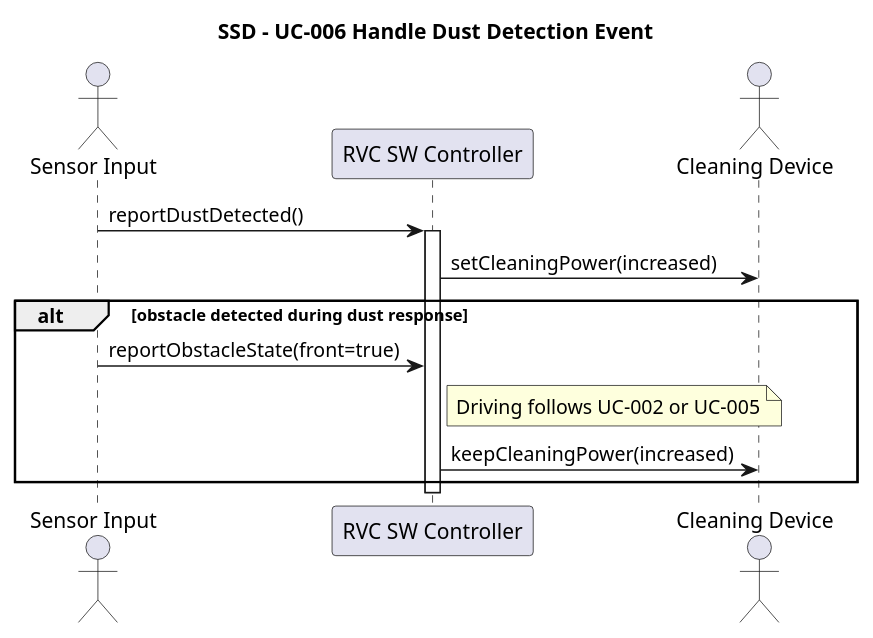
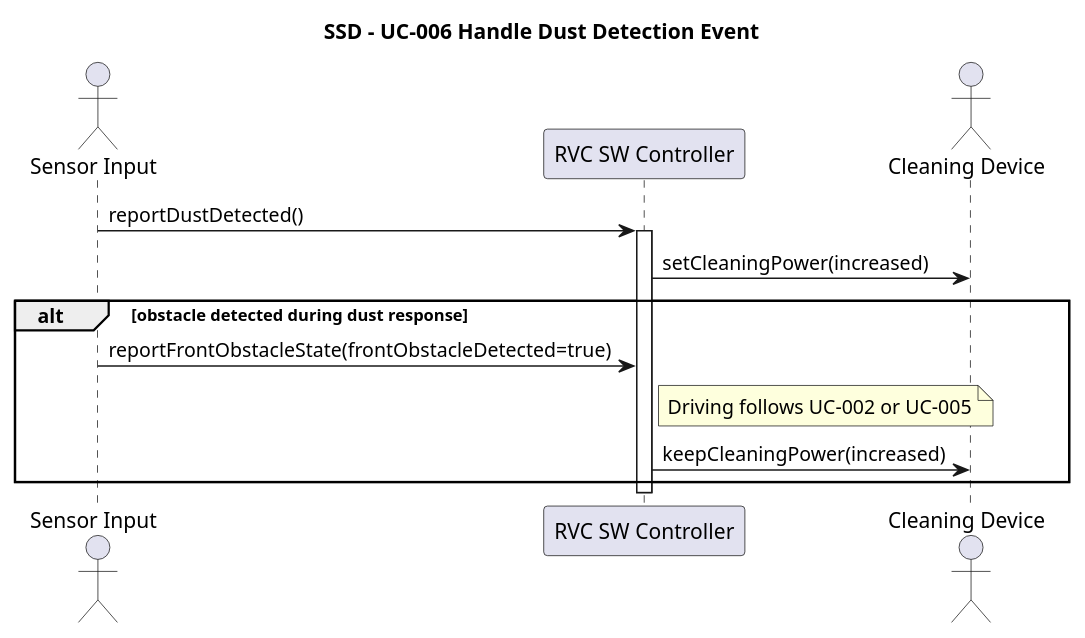
One commit to OOAD-Team3/Robot-Vacuum-Cleaner-AI changed the diagram in docs/ssd/UC-006.puml. Above: the diagram before and after it, drawn with PlantUML. The commit also changed 14 other files, not shown here.

Commit message:
docs: address diagram review feedback

```diff
--- a/docs/ssd/UC-006.puml
+++ b/docs/ssd/UC-006.puml
@@ -1,18 +1,18 @@
 @startuml SSD_UC006_Handle_Dust_Detected
 title SSD - UC-006 Handle Dust Detection Event
 
 actor "Sensor Input" as Sensor
 participant "RVC SW Controller" as System
 actor "Cleaning Device" as Cleaner
 
 Sensor -> System: reportDustDetected()
 activate System
 System -> Cleaner: setCleaningPower(increased)
 
 alt obstacle detected during dust response
-    Sensor -> System: reportObstacleState(front=true)
+    Sensor -> System: reportFrontObstacleState(frontObstacleDetected=true)
     note right of System: Driving follows UC-002 or UC-005
     System -> Cleaner: keepCleaningPower(increased)
 end
 deactivate System
 @enduml
```
